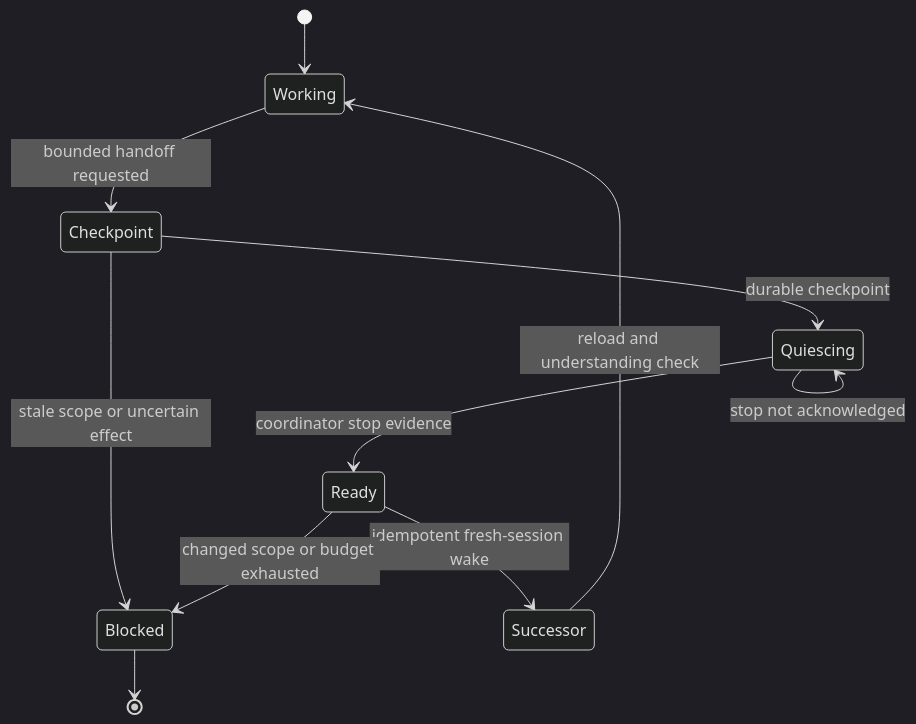
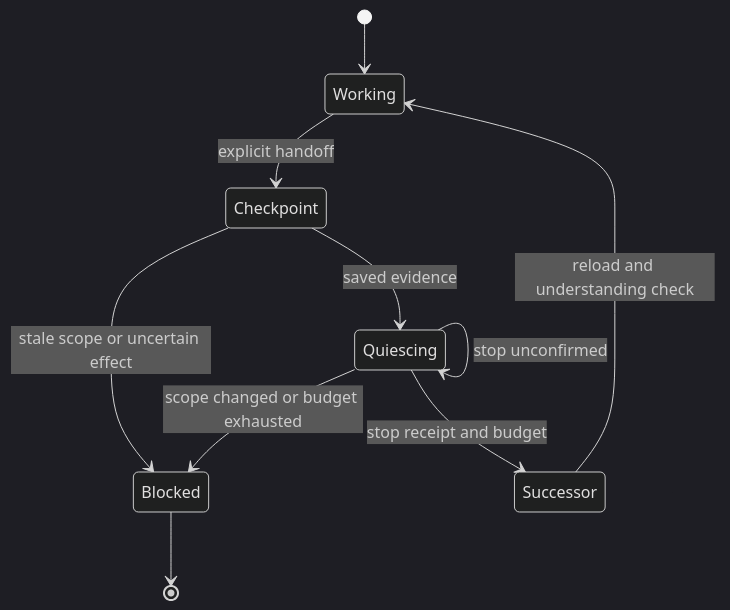
One commit to balrajOla/firstmate changed the second of 2 diagrams in docs/ARCHITECTURE.md. Above: the diagram before and after it, drawn with Mermaid (dark theme). The commit also changed other lines of this file and 113 other files, not shown here.

````diff
--- a/docs/ARCHITECTURE.md
+++ b/docs/ARCHITECTURE.md
@@ -45,13 +50,12 @@
 ```mermaid
 stateDiagram-v2
   [*] --> Working
-  Working --> Checkpoint: bounded handoff requested
+  Working --> Checkpoint: explicit handoff
   Checkpoint --> Blocked: stale scope or uncertain effect
-  Checkpoint --> Quiescing: durable checkpoint
-  Quiescing --> Quiescing: stop not acknowledged
-  Quiescing --> Ready: coordinator stop evidence
-  Ready --> Successor: idempotent fresh-session wake
+  Checkpoint --> Quiescing: saved evidence
+  Quiescing --> Quiescing: stop unconfirmed
+  Quiescing --> Successor: stop receipt and budget
   Successor --> Working: reload and understanding check
-  Ready --> Blocked: changed scope or budget exhausted
+  Quiescing --> Blocked: scope changed or budget exhausted
   Blocked --> [*]
 ```
````
